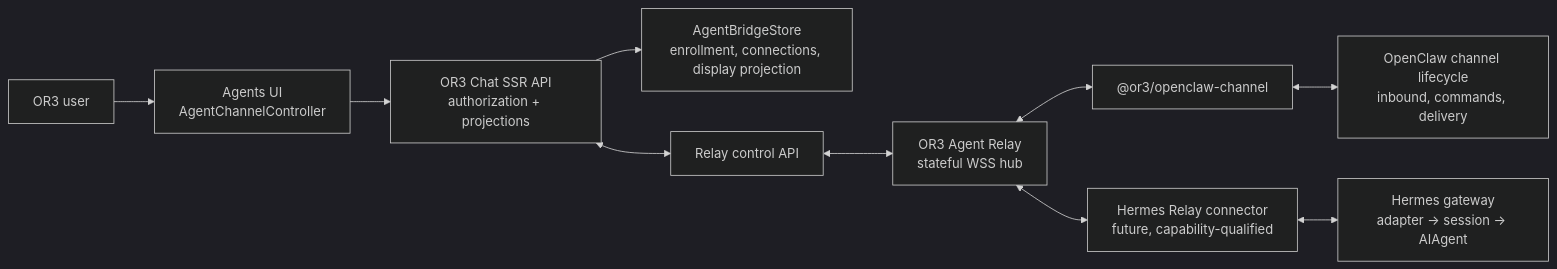
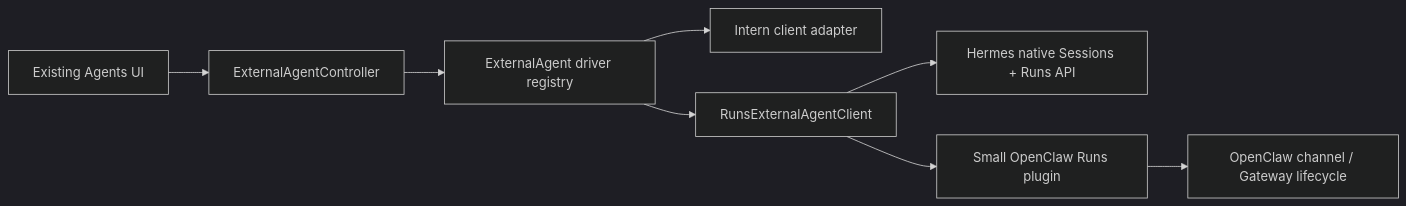
One commit to Saluana/or3-chat changed the diagram in planning/openclaw-hermes-agent-bridge/design.md. Above: the diagram before and after it, drawn with Mermaid (dark theme). The commit also changed other lines of this file and 2 other files, not shown here.

````diff
--- a/planning/openclaw-hermes-agent-bridge/design.md
+++ b/planning/openclaw-hermes-agent-bridge/design.md
@@ -11,14 +11,10 @@
 ```mermaid
 flowchart LR
-  U["OR3 user"] --> UI["Agents UI\nAgentChannelController"]
-  UI --> API["OR3 Chat SSR API\nauthorization + projections"]
-  API --> STORE["AgentBridgeStore\nenrollment, connections, display projection"]
-  API <--> CONTROL["Relay control API"]
-  CONTROL <--> RELAY["OR3 Agent Relay\nstateful WSS hub"]
-
-  RELAY <--> OC["@or3/openclaw-channel"]
-  OC <--> OCLAW["OpenClaw channel lifecycle\ninbound, commands, delivery"]
-
-  RELAY <--> HERMES["Hermes Relay connector\nfuture, capability-qualified"]
-  HERMES <--> HGW["Hermes gateway\nadapter → session → AIAgent"]
+  UI["Existing Agents UI"] --> CTRL["ExternalAgentController"]
+  CTRL --> FACTORY["ExternalAgent driver registry"]
+  FACTORY --> INTERN["Intern client adapter"]
+  FACTORY --> RUNS["RunsExternalAgentClient"]
+  RUNS --> HERMES["Hermes native Sessions + Runs API"]
+  RUNS --> OCP["Small OpenClaw Runs plugin"]
+  OCP --> OCG["OpenClaw channel / Gateway lifecycle"]
 ```
````
